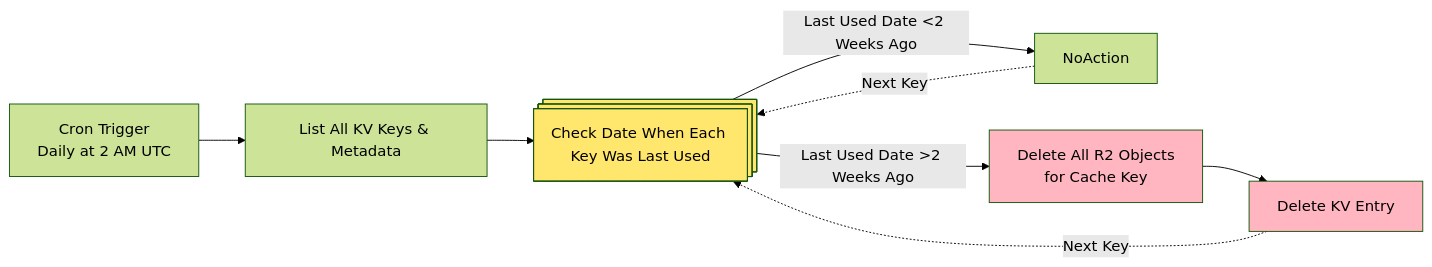
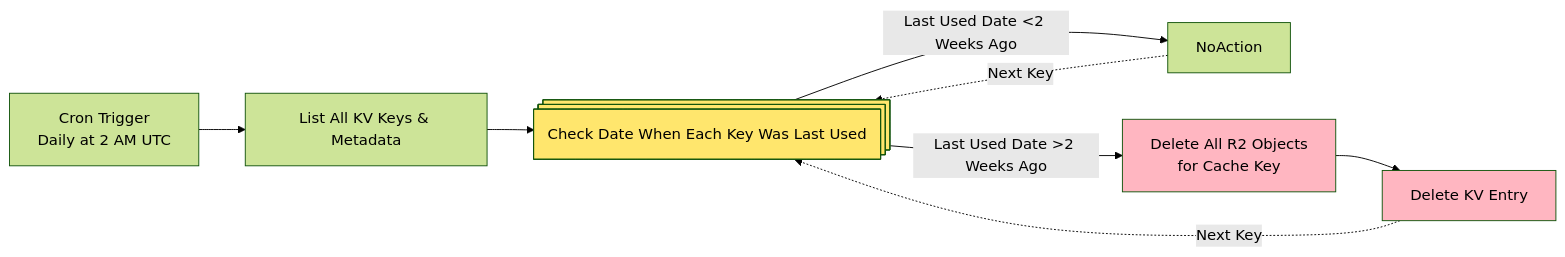
One commit to connorshinn/unsplash-Backgrounds changed the second of 2 diagrams in README.md. Above: the diagram before and after it, drawn with Mermaid (forest theme). The commit also changed other lines of this file and 1 other file, not shown here.

````diff
--- a/README.md
+++ b/README.md
@@ -214,16 +220,20 @@
 ```mermaid
+---
+config:
+  markdownAutoWrap: false
+---
 flowchart LR;
     %% Scheduled Cleanup;
     CronTrigger[Cron Trigger<br/>Daily at 2 AM UTC];
     CronTrigger --> ListKeys[List All KV Keys & Metadata];
     ListKeys --> IterateKeys;
     IterateKeys@{ shape: procs, label: "Check Date When Each Key Was Last Used"} -->|Last Used Date <2 Weeks Ago|NoAction;
     IterateKeys@{ shape: procs, label: "Check Date When Each Key Was Last Used"} -->|Last Used Date >2 Weeks Ago|DeleteR2[Delete All R2 Objects<br/>for Cache Key];
     DeleteR2 --> DeleteKV[Delete KV Entry];
     DeleteKV -.-> |Next Key| IterateKeys;
     NoAction -.->|Next Key| IterateKeys;
 
     style IterateKeys fill:#FFE66D,color:#000000;
     style DeleteR2 fill:#FFB6C1,color:#000000;
     style DeleteKV fill:#FFB6C1,color:#000000
 ```
````
